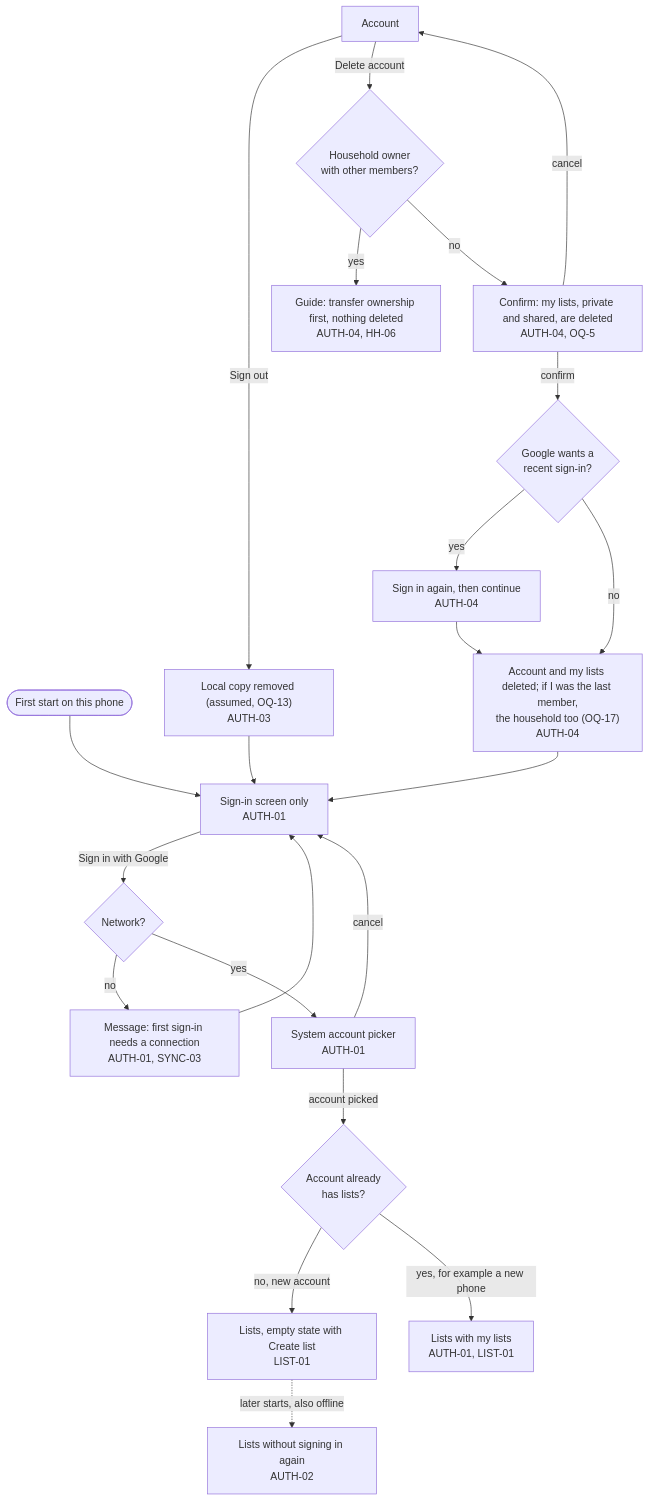
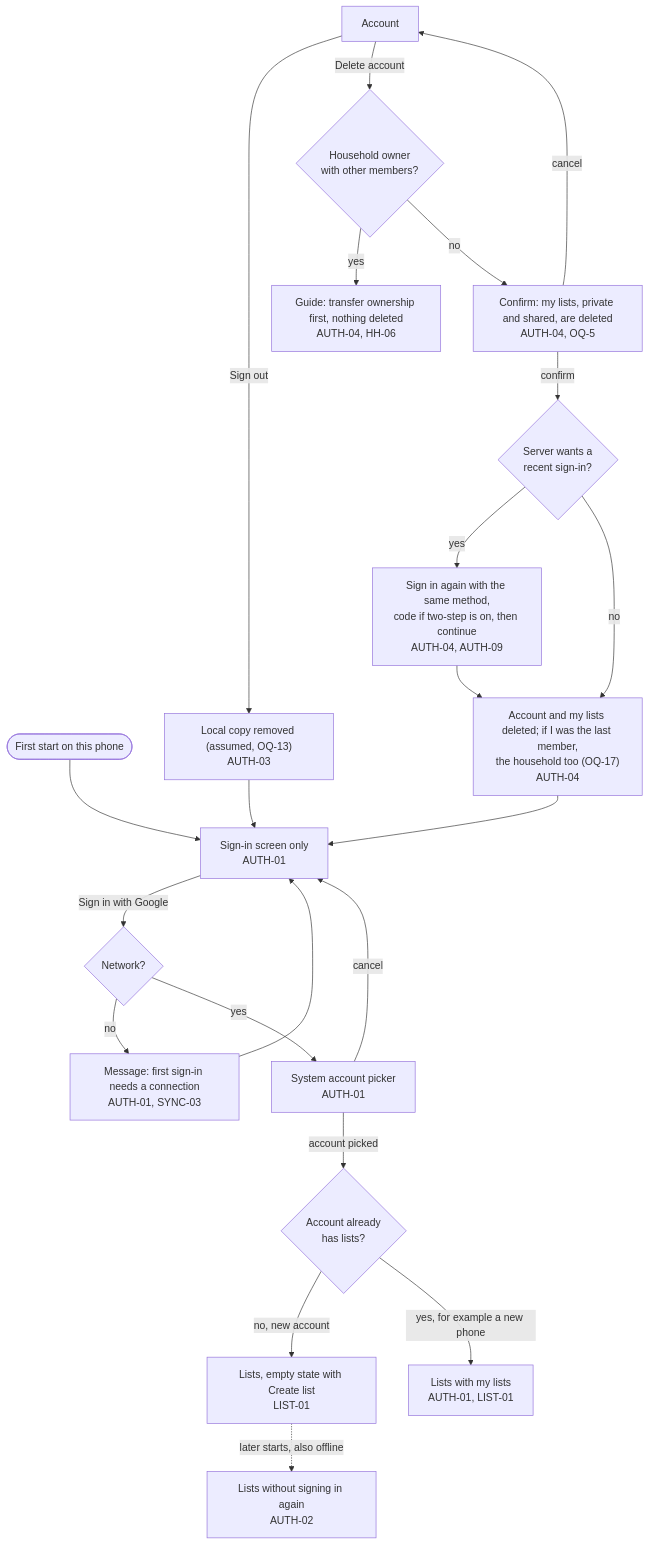
Before and after one commit to bondo/listicles2: the second of 11 diagrams in docs/product/flow.md, drawn with Mermaid. The commit also changed other lines of this file and 1 other file, not shown here.

First line of the commit message:
docs(product): add email and password sign-in stories (AUTH-05..10)

````diff
--- a/docs/product/flow.md
+++ b/docs/product/flow.md
@@ -51,20 +58,20 @@
 ```mermaid
 flowchart TD
     open(["First start on this phone"]) --> si["Sign-in screen only<br>AUTH-01"]
     si -- "Sign in with Google" --> net{"Network?"}
     net -- "no" --> nonet["Message: first sign-in needs a connection<br>AUTH-01, SYNC-03"] --> si
     net -- "yes" --> picker["System account picker<br>AUTH-01"]
     picker -- "cancel" --> si
     picker -- "account picked" --> known{"Account already<br>has lists?"}
     known -- "no, new account" --> home["Lists, empty state with Create list<br>LIST-01"]
     known -- "yes, for example a new phone" --> mine["Lists with my lists<br>AUTH-01, LIST-01"]
     home -. "later starts, also offline" .-> home2["Lists without signing in again<br>AUTH-02"]
     acc["Account"] -- "Sign out" --> wipe["Local copy removed (assumed, OQ-13)<br>AUTH-03"] --> si
     acc -- "Delete account" --> owner{"Household owner<br>with other members?"}
     owner -- "yes" --> transfer["Guide: transfer ownership first, nothing deleted<br>AUTH-04, HH-06"]
     owner -- "no" --> confirm["Confirm: my lists, private and shared, are deleted<br>AUTH-04, OQ-5"]
     confirm -- "cancel" --> acc
-    confirm -- "confirm" --> reauth{"Google wants a<br>recent sign-in?"}
-    reauth -- "yes" --> again["Sign in again, then continue<br>AUTH-04"] --> gone
+    confirm -- "confirm" --> reauth{"Server wants a<br>recent sign-in?"}
+    reauth -- "yes" --> again["Sign in again with the same method,<br>code if two-step is on, then continue<br>AUTH-04, AUTH-09"] --> gone
     reauth -- "no" --> gone["Account and my lists deleted; if I was the last member,<br>the household too (OQ-17)<br>AUTH-04"] --> si
 ```
````
